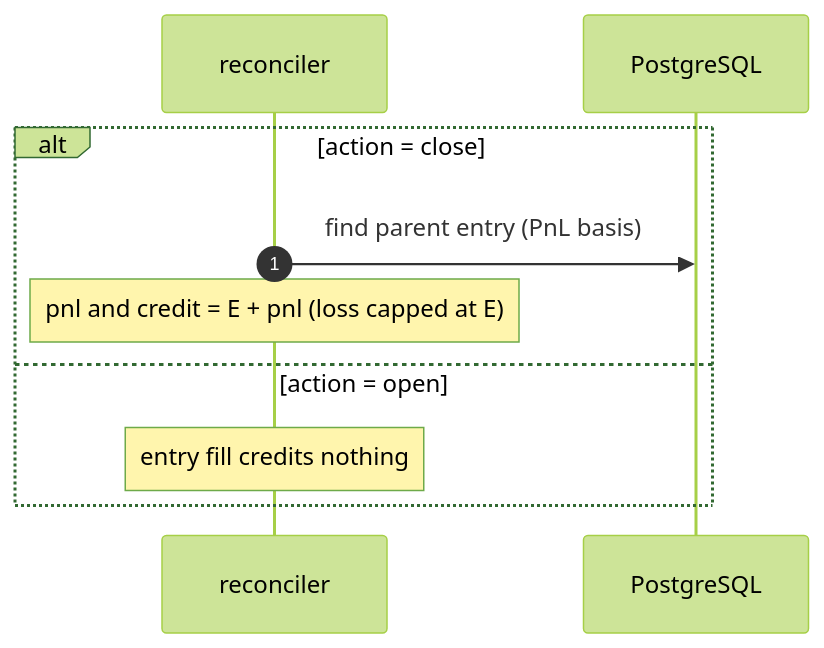
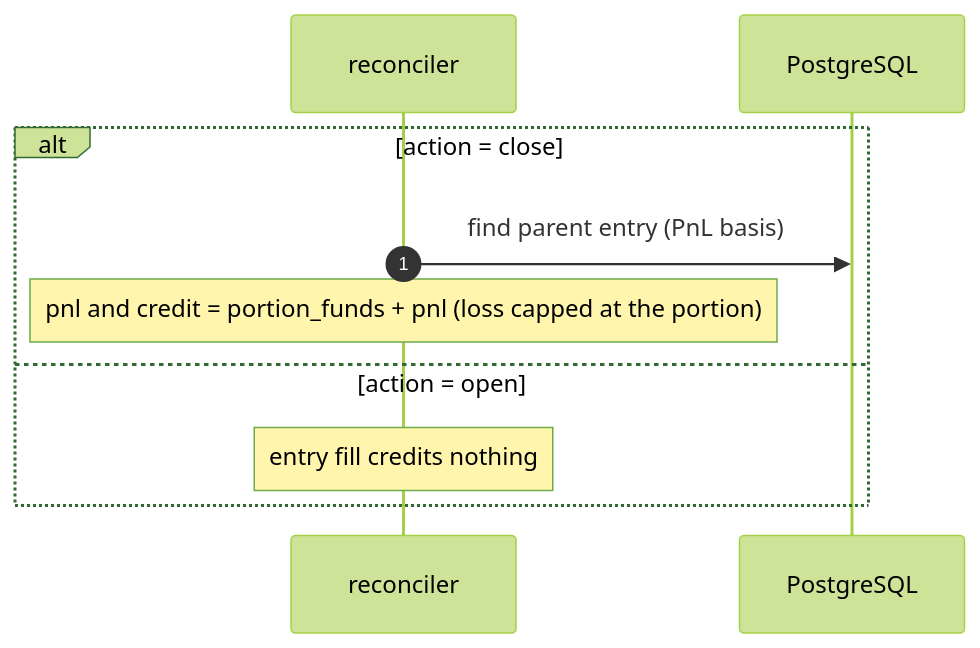
Before and after one commit to N-Choo/CoinBot.v3: the seventh of 7 diagrams in process/trade-engine/README.md, drawn with Mermaid (forest theme). The commit also changed other lines of this file and 34 other files, not shown here.

````diff
--- a/process/trade-engine/README.md
+++ b/process/trade-engine/README.md
@@ -228,12 +228,12 @@
 ```mermaid
 sequenceDiagram
     autonumber
     participant RC as reconciler
     participant DB as PostgreSQL
     alt action = close
         RC->>DB: find parent entry (PnL basis)
-        Note over RC: pnl and credit = E + pnl (loss capped at E)
+        Note over RC: pnl and credit = portion_funds + pnl (loss capped at the portion)
     else action = open
         Note over RC: entry fill credits nothing
     end
 ```
````
